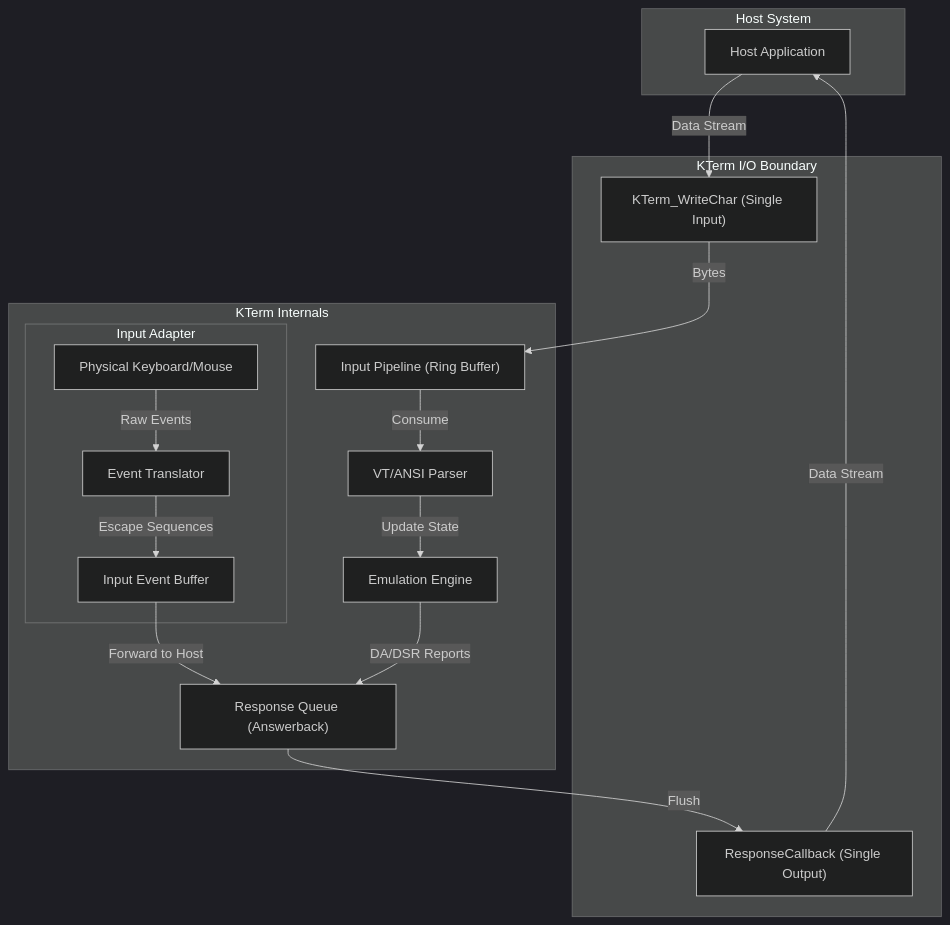
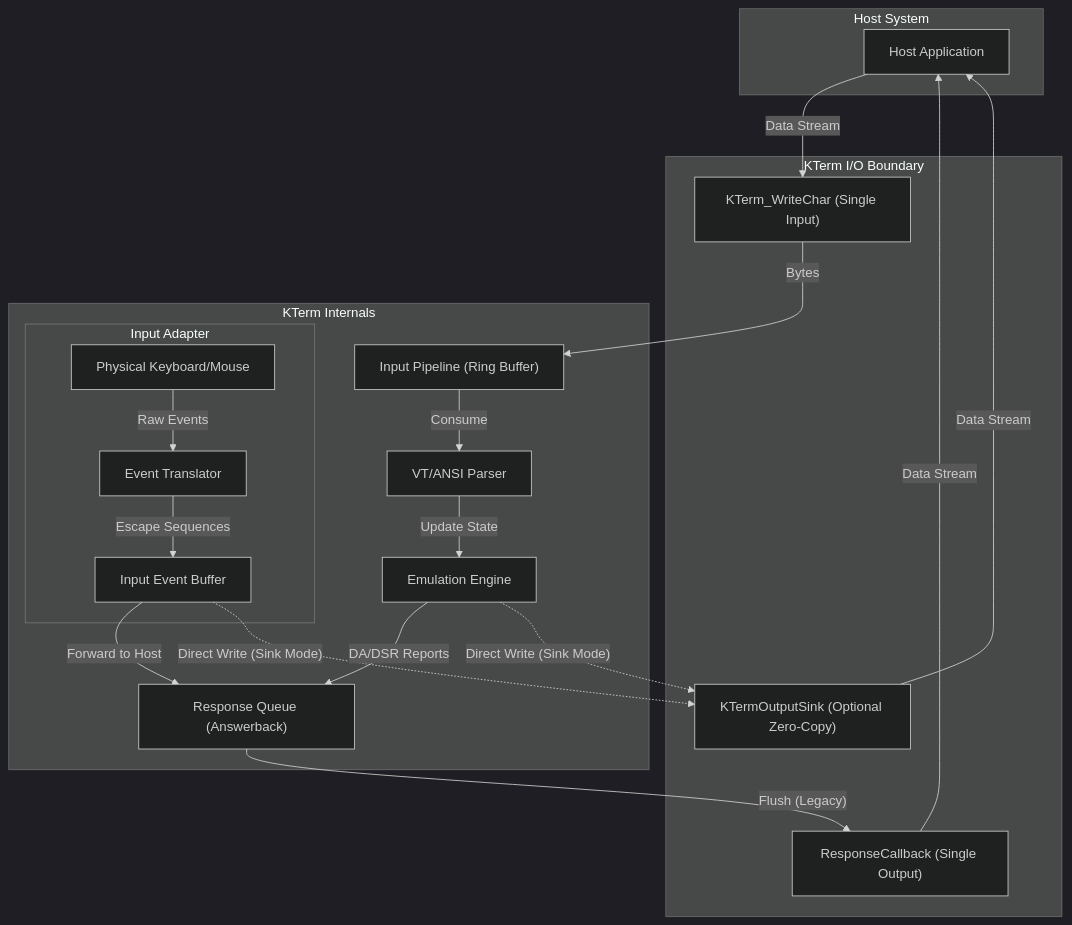
One commit to jmorel33/terminal changed the second of 4 diagrams in doc/kterm.md. Above: the diagram before and after it, drawn with Mermaid (dark theme). The commit also changed other lines of this file and 6 other files, not shown here.

Commit message:
Bump v2.3.38, update docs and examples for Sink Output

````diff
--- a/doc/kterm.md
+++ b/doc/kterm.md
@@ -719,43 +720,47 @@
 ```mermaid
 graph TD
     subgraph Host ["Host System"]
         HostApp["Host Application"]
     end
 
     subgraph IO_Boundary ["KTerm I/O Boundary"]
         InputAPI["KTerm_WriteChar (Single Input)"]
         OutputAPI["ResponseCallback (Single Output)"]
+        SinkAPI["KTermOutputSink (Optional Zero-Copy)"]
     end
 
     subgraph Internal ["KTerm Internals"]
         Pipeline["Input Pipeline (Ring Buffer)"]
         Parser["VT/ANSI Parser"]
         Engine["Emulation Engine"]
 
         subgraph Hardware_Adapter ["Input Adapter"]
             RawInput["Physical Keyboard/Mouse"]
             Translator["Event Translator"]
             EventBuf["Input Event Buffer"]
         end
 
         RespQueue["Response Queue (Answerback)"]
     end
 
     %% Host to Terminal Flow
     HostApp -->|"Data Stream"| InputAPI
     InputAPI -->|"Bytes"| Pipeline
     Pipeline -->|"Consume"| Parser
     Parser -->|"Update State"| Engine
 
     %% Internal Reports Flow
     Engine -->|"DA/DSR Reports"| RespQueue
+    Engine -.->|"Direct Write (Sink Mode)"| SinkAPI
 
     %% User Input Flow
     RawInput -->|"Raw Events"| Translator
     Translator -->|"Escape Sequences"| EventBuf
     EventBuf -->|"Forward to Host"| RespQueue
+    EventBuf -.->|"Direct Write (Sink Mode)"| SinkAPI
 
     %% Terminal to Host Flow
-    RespQueue -->|"Flush"| OutputAPI
+    RespQueue -->|"Flush (Legacy)"| OutputAPI
     OutputAPI -->|"Data Stream"| HostApp
+    SinkAPI -->|"Data Stream"| HostApp
 ```
````
